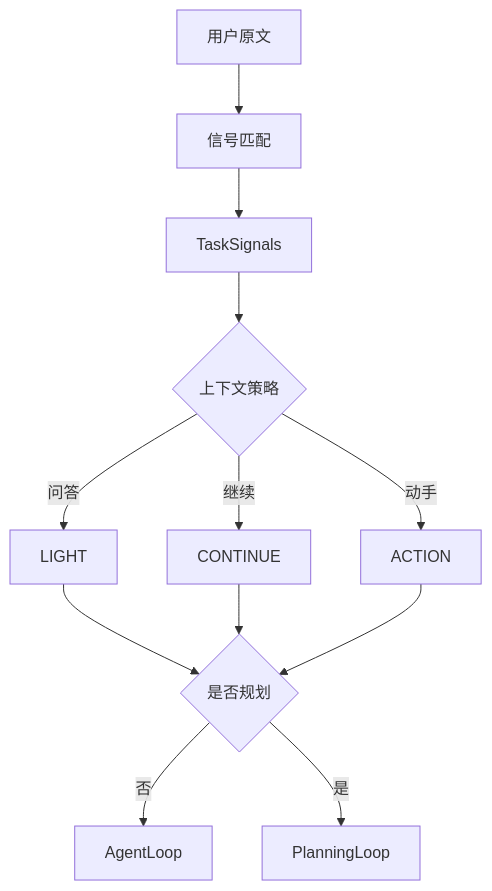
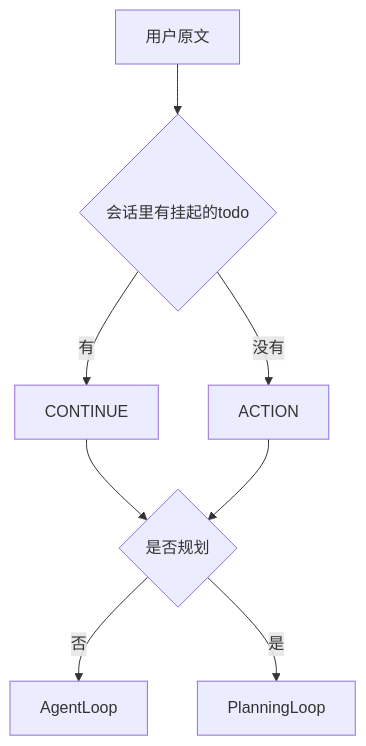
Before and after one commit to 1231111/mini-agent: the eighth of 8 diagrams in docs/detailed-design.md, drawn with Mermaid. The commit also changed other lines of this file and 74 other files, not shown here.

````diff
--- a/docs/detailed-design.md
+++ b/docs/detailed-design.md
@@ -382,14 +388,10 @@
 ```mermaid
 flowchart TD
-    MSG["用户原文"] --> MATCH["信号匹配"]
-    MATCH --> SIG["TaskSignals"]
-    SIG --> POL{"上下文策略"}
-    POL -->|问答| LIGHT["LIGHT"]
-    POL -->|继续| CONT["CONTINUE"]
-    POL -->|动手| ACT["ACTION"]
-    LIGHT --> Q{"是否规划"}
-    CONT --> Q
+    MSG["用户原文"] --> SUS{"会话里有挂起的todo"}
+    SUS -->|有| CONT["CONTINUE"]
+    SUS -->|没有| ACT["ACTION"]
+    CONT --> Q{"是否规划"}
     ACT --> Q
     Q -->|否| LOOP["AgentLoop"]
     Q -->|是| PLAN["PlanningLoop"]
 ```
````
